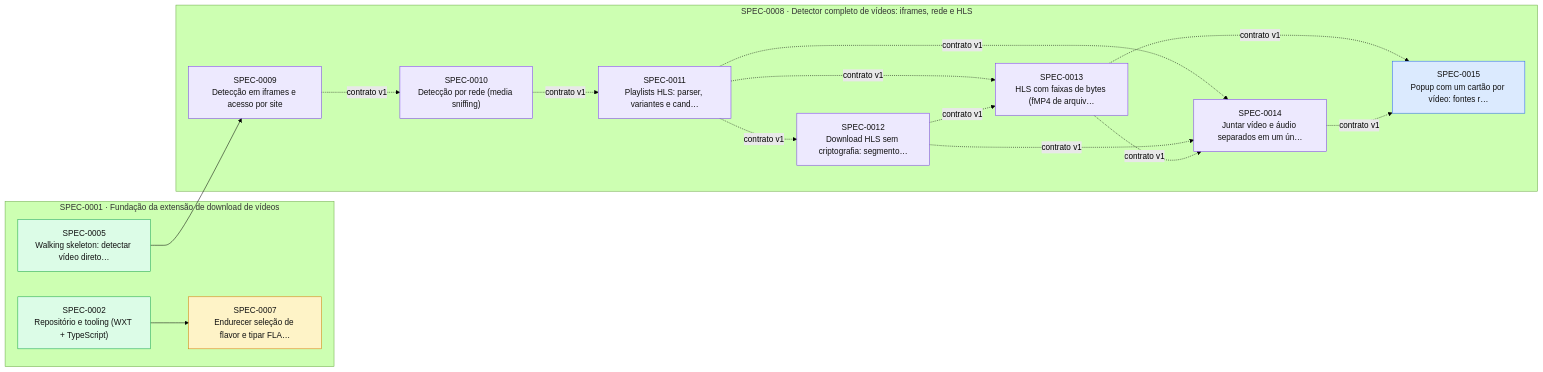
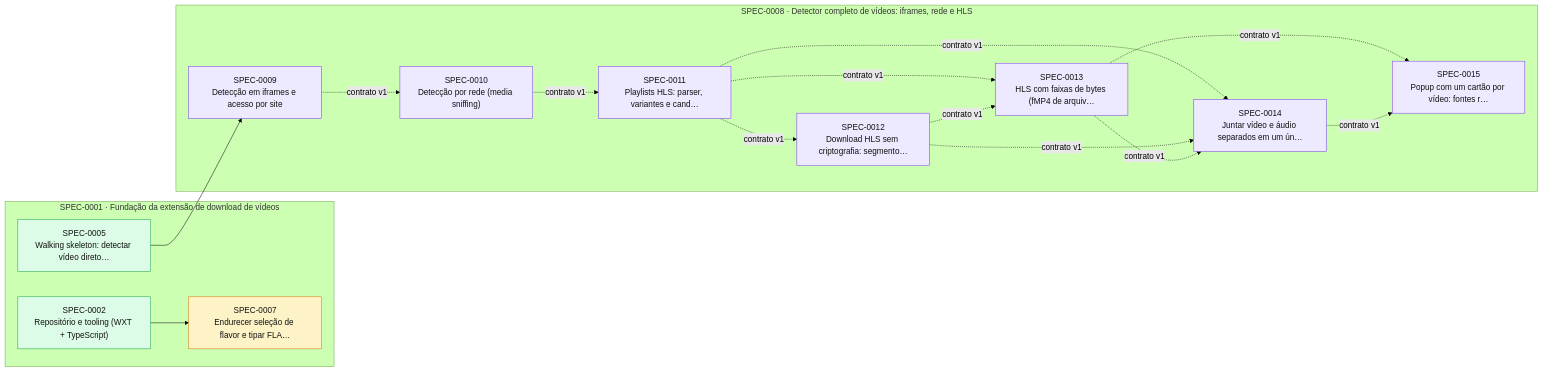
The diagram in docs/specs/INDEX.md (thomasravache/video-downloader), drawn with Mermaid (forest theme) before and after one commit. The commit also changed other lines of this file and 1 other file, not shown here.

First line of the commit message:
docs(sdd): record G1-G4 for SPEC-0015

````diff
--- a/docs/specs/INDEX.md
+++ b/docs/specs/INDEX.md
@@ -66,34 +66,34 @@
 ```mermaid
 flowchart LR
   subgraph E0001["SPEC-0001 · Fundação da extensão de download de vídeos"]
     S0002["SPEC-0002<br/>Repositório e tooling (WXT + TypeScript)"]:::implemented
     S0005["SPEC-0005<br/>Walking skeleton: detectar vídeo direto…"]:::implemented
     S0007["SPEC-0007<br/>Endurecer seleção de flavor e tipar FLA…"]:::proposed
   end
   subgraph E0008["SPEC-0008 · Detector completo de vídeos: iframes, rede e HLS"]
     S0009["SPEC-0009<br/>Detecção em iframes e acesso por site"]:::inprogress
     S0010["SPEC-0010<br/>Detecção por rede (media sniffing)"]:::inprogress
     S0011["SPEC-0011<br/>Playlists HLS: parser, variantes e cand…"]:::inprogress
     S0012["SPEC-0012<br/>Download HLS sem criptografia: segmento…"]:::inprogress
     S0013["SPEC-0013<br/>HLS com faixas de bytes (fMP4 de arquiv…"]:::inprogress
     S0014["SPEC-0014<br/>Juntar vídeo e áudio separados em um ún…"]:::inprogress
-    S0015["SPEC-0015<br/>Popup com um cartão por vídeo: fontes r…"]:::approved
+    S0015["SPEC-0015<br/>Popup com um cartão por vídeo: fontes r…"]:::inprogress
   end
   S0002 --> S0007
   S0005 --> S0009
   S0009 -. contrato v1 .-> S0010
   S0010 -. contrato v1 .-> S0011
   S0011 -. contrato v1 .-> S0012
   S0011 -. contrato v1 .-> S0013
   S0012 -. contrato v1 .-> S0013
   S0011 -. contrato v1 .-> S0014
   S0012 -. contrato v1 .-> S0014
   S0013 -. contrato v1 .-> S0014
   S0013 -. contrato v1 .-> S0015
   S0014 -. contrato v1 .-> S0015
   classDef proposed fill:#fef3c7,stroke:#d97706,color:#111
   classDef approved fill:#dbeafe,stroke:#2563eb,color:#111
   classDef inprogress fill:#ede9fe,stroke:#7c3aed,color:#111
   classDef implemented fill:#dcfce7,stroke:#16a34a,color:#111
   classDef deprecated fill:#f3f4f6,stroke:#9ca3af,color:#6b7280
 ```
````
